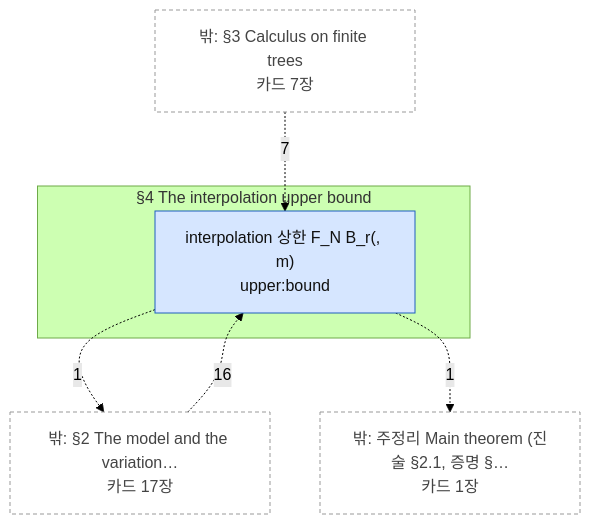
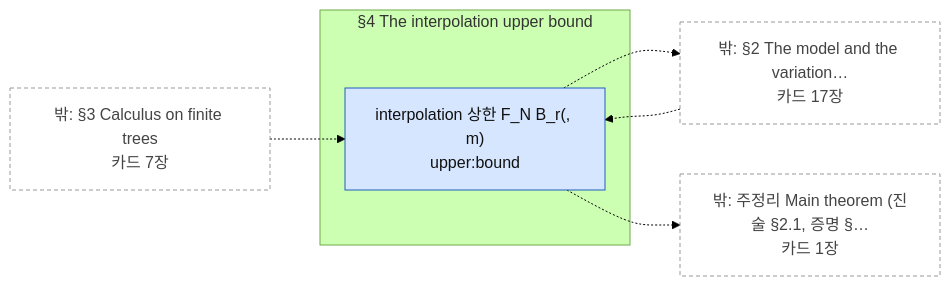
Before and after one commit to EuijinJeon/math2phys-site: the diagram in redesign/build/artifact/maps/sec-upper.mmd, drawn with Mermaid (forest theme). The commit also changed 60 other files, not shown here.

First line of the commit message:
redesign: 미검증 진행분 보존 (exact 판정 중단분: 카드 22장·용어집·규칙 표·SCHEMA, 도구 보강 중단분: build.py·지도·사이트)

```diff
--- a/redesign/build/artifact/maps/sec-upper.mmd
+++ b/redesign/build/artifact/maps/sec-upper.mmd
@@ -1,20 +1,20 @@
-flowchart TB
+flowchart LR
   subgraph IN["§4 The interpolation upper bound"]
     a0["interpolation 상한 F_N B_r(, m)<br/>upper:bound"]
   end
   X0["밖: §2 The model and the variation…<br/>카드 17장"]
   X1["밖: 주정리 Main theorem (진술 §2.1, 증명 §…<br/>카드 1장"]
   X2["밖: §3 Calculus on finite trees<br/>카드 7장"]
-  X0 -.->|16| a0
-  a0 -.->|1| X0
-  a0 -.->|1| X1
-  X2 -.->|7| a0
+  X0 -.-> a0
+  a0 -.-> X0
+  a0 -.-> X1
+  X2 -.-> a0
   classDef thm fill:#d6e6ff,stroke:#1f5fbf,color:#111;
   classDef oth fill:#eef0f3,stroke:#8a8f98,color:#222;
   classDef ext fill:#fff,stroke:#999,stroke-dasharray:4 3,color:#444;
   class a0 thm;
   class X0,X1,X2 ext;
   click a0 "cards/upper.bound.html"
   click X0 "map-model.html"
   click X1 "map-main.html"
   click X2 "map-trees.html"
```
